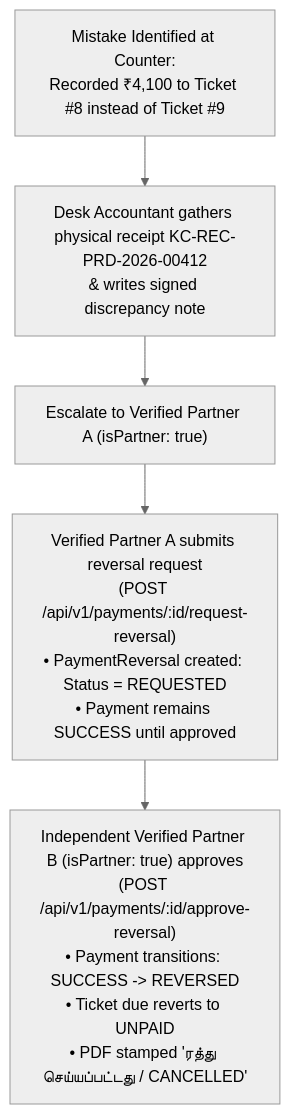
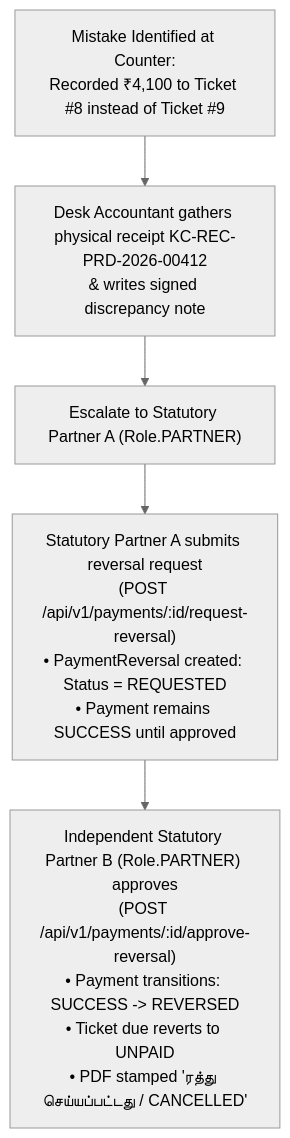
One commit to Kathir-24/Kumaran-finance changed the tenth of 11 diagrams in docs/07-operations/user-manuals/accountant-desk-manual.md. Above: the diagram before and after it, drawn with Mermaid (neutral theme). The commit also changed other lines of this file and 189 other files, not shown here.

````diff
--- a/docs/07-operations/user-manuals/accountant-desk-manual.md
+++ b/docs/07-operations/user-manuals/accountant-desk-manual.md
@@ -271,7 +271,7 @@
 ```mermaid
 flowchart TD
     Mistake["Mistake Identified at Counter:\nRecorded ₹4,100 to Ticket #8 instead of Ticket #9"] --> Prep["Desk Accountant gathers physical receipt KC-REC-PRD-2026-00412\n& writes signed discrepancy note"]
-    Prep --> Escalate["Escalate to Verified Partner A (isPartner: true)"]
-    Escalate --> PartnerA["Verified Partner A submits reversal request\n(POST /api/v1/payments/:id/request-reversal)\n• PaymentReversal created: Status = REQUESTED\n• Payment remains SUCCESS until approved"]
-    PartnerA --> PartnerB["Independent Verified Partner B (isPartner: true) approves\n(POST /api/v1/payments/:id/approve-reversal)\n• Payment transitions: SUCCESS -> REVERSED\n• Ticket due reverts to UNPAID\n• PDF stamped 'ரத்து செய்யப்பட்டது / CANCELLED'"]
+    Prep --> Escalate["Escalate to Statutory Partner A (Role.PARTNER)"]
+    Escalate --> PartnerA["Statutory Partner A submits reversal request\n(POST /api/v1/payments/:id/request-reversal)\n• PaymentReversal created: Status = REQUESTED\n• Payment remains SUCCESS until approved"]
+    PartnerA --> PartnerB["Independent Statutory Partner B (Role.PARTNER) approves\n(POST /api/v1/payments/:id/approve-reversal)\n• Payment transitions: SUCCESS -> REVERSED\n• Ticket due reverts to UNPAID\n• PDF stamped 'ரத்து செய்யப்பட்டது / CANCELLED'"]
 ```
````
